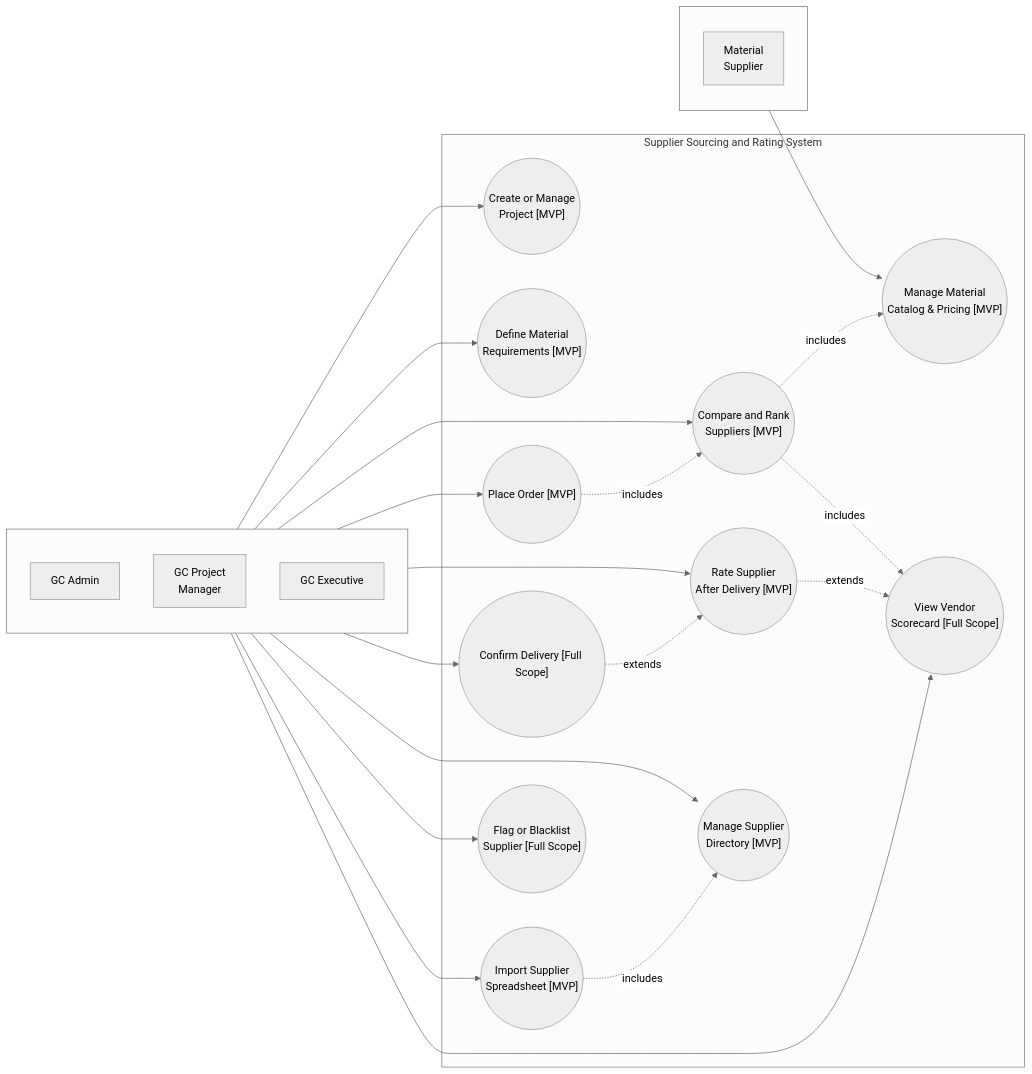
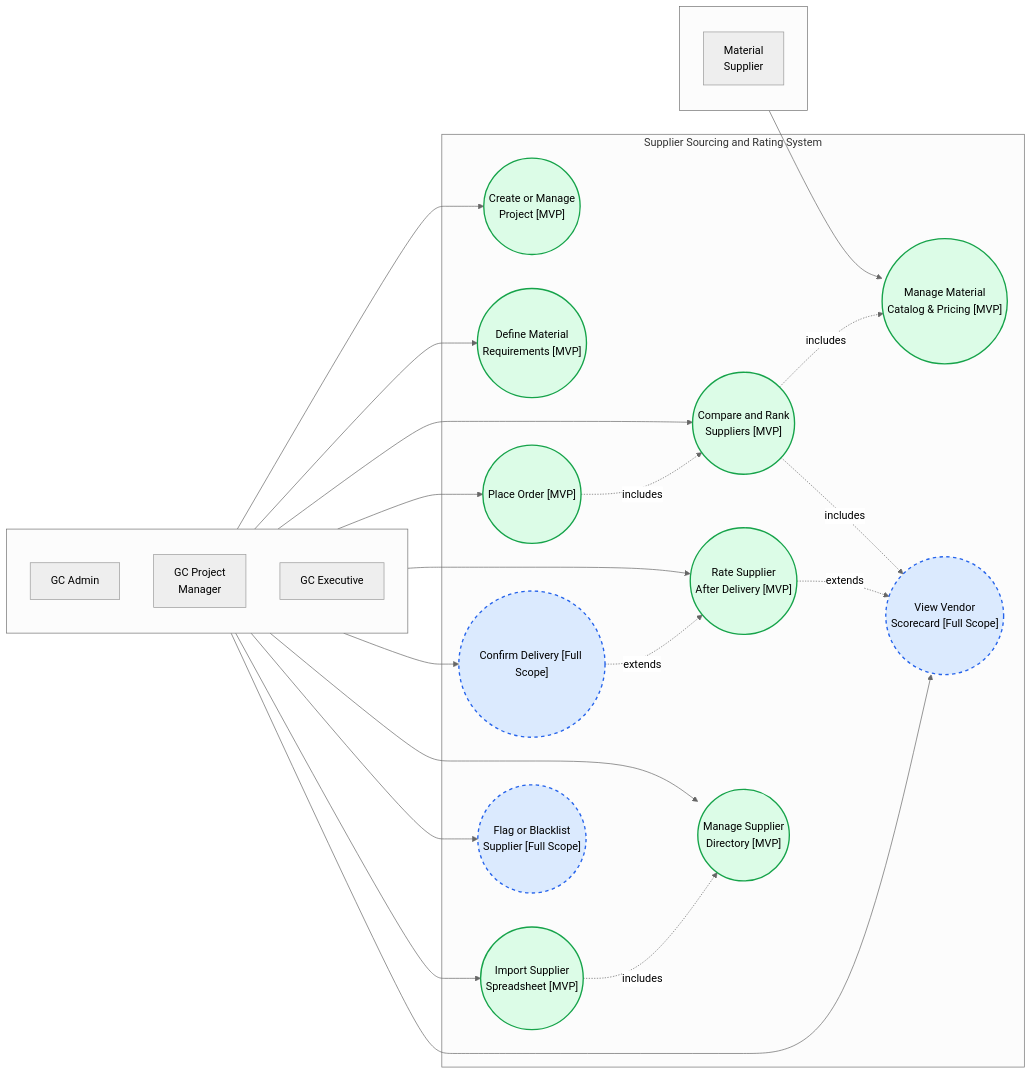
Before and after one commit to den-dimas/contract: the second of 2 diagrams in README.md, drawn with Mermaid (neutral theme). The commit also changed other lines of this file, not shown here.

Commit message:
docs: separate mvp and full scope in readme

````diff
--- a/README.md
+++ b/README.md
@@ -55,47 +64,52 @@
 ```mermaid
 graph LR
     subgraph ActorsGC[" "]
         direction TB
         GCAdmin["GC Admin"]
         GCPM["GC Project<br/>Manager"]
         GCExec["GC Executive"]
     end
 
     subgraph SYS["Supplier Sourcing and Rating System"]
         UC3(("Create or Manage<br/>Project [MVP]"))
         UC4(("Define Material<br/>Requirements [MVP]"))
         UC5(("Compare and Rank<br/>Suppliers [MVP]"))
         UC9(("Place Order [MVP]"))
         UC6(("Rate Supplier<br/>After Delivery [MVP]"))
         UC10(("Confirm Delivery [Full Scope]"))
         UC1(("Manage Supplier<br/>Directory [MVP]"))
         UC2(("Manage Material<br/>Catalog & Pricing [MVP]"))
         UC7(("View Vendor<br/>Scorecard [Full Scope]"))
         UC8(("Flag or Blacklist<br/>Supplier [Full Scope]"))
         UC11(("Import Supplier<br/>Spreadsheet [MVP]"))
     end
 
     subgraph ActorsMS[" "]
         direction TB
         MS["Material<br/>Supplier"]
     end
 
+    classDef mvp fill:#dcfce7,stroke:#16a34a,stroke-width:2px
+    classDef full fill:#dbeafe,stroke:#2563eb,stroke-width:2px,stroke-dasharray:5 5
+    class UC1,UC2,UC3,UC4,UC5,UC6,UC9,UC11 mvp
+    class UC7,UC8,UC10 full
+
     GCPM --> UC3
     GCPM --> UC4
     GCPM --> UC5
     GCPM --> UC9
     GCPM --> UC6
     GCPM --> UC10
     GCAdmin --> UC1
     GCAdmin --> UC8
     GCAdmin --> UC11
     GCExec --> UC7
     MS --> UC2
 
     UC5 -. includes .-> UC2
     UC5 -. includes .-> UC7
     UC6 -. extends .-> UC7
     UC9 -. includes .-> UC5
     UC10 -. extends .-> UC6
     UC11 -. includes .-> UC1
 ```
````
